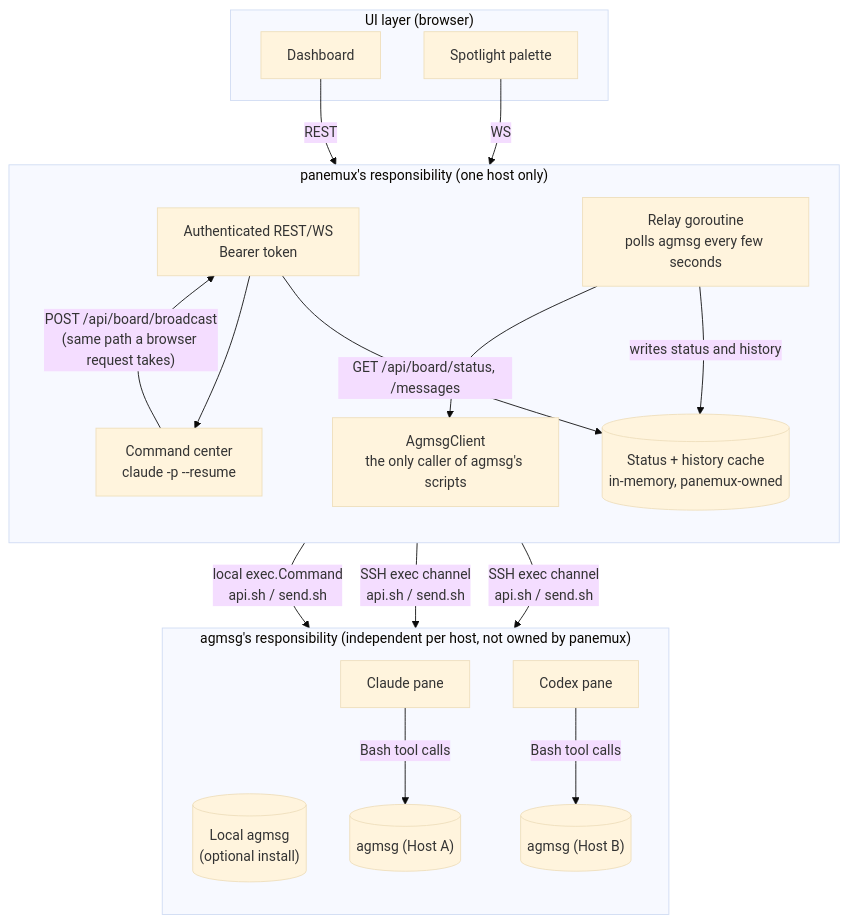
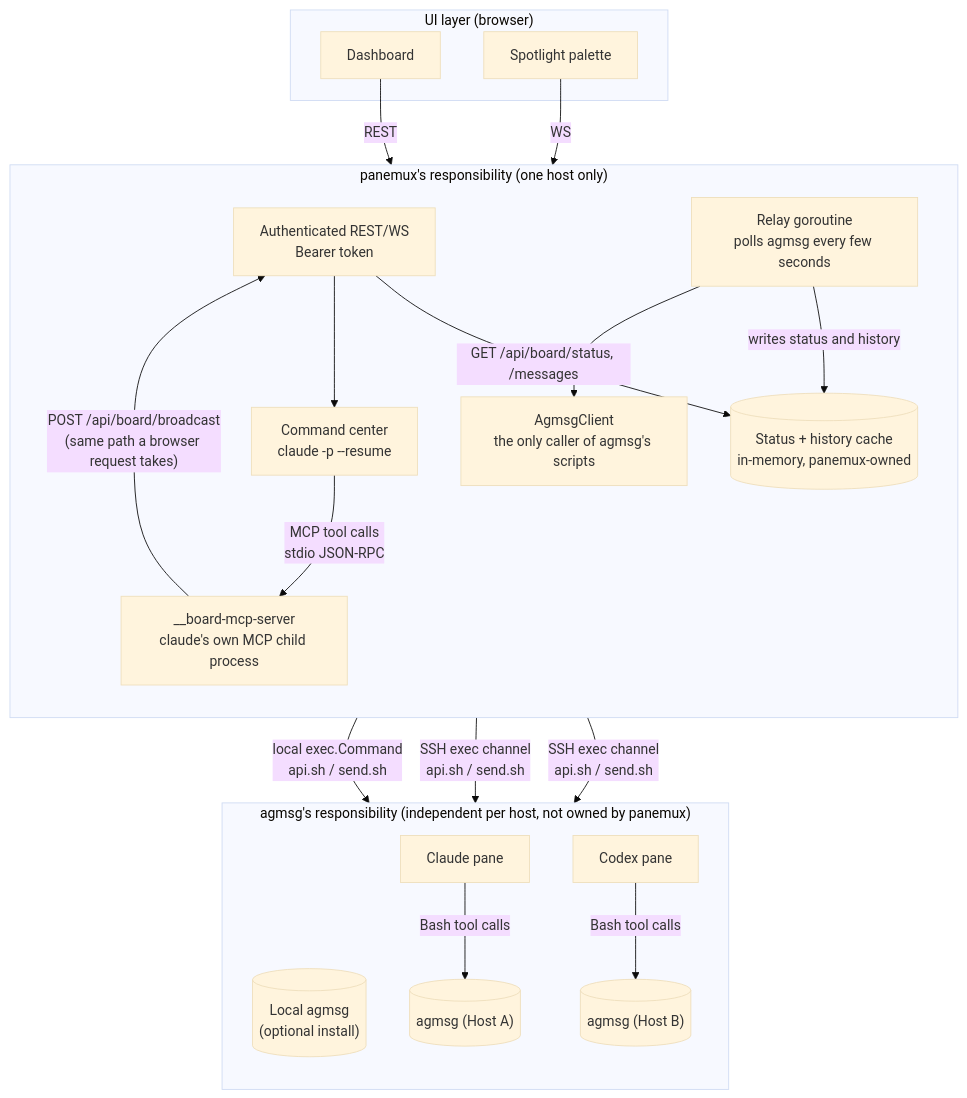
The second of 4 diagrams in docs/agent-board.md (tomo-chan/panemux), drawn with Mermaid (base theme) before and after one commit. The commit also changed other lines of this file and 45 other files, not shown here.

First line of the commit message:
feat: implement Agent Board command center (issue #165 Phase 2) (#170)

````diff
--- a/docs/agent-board.md
+++ b/docs/agent-board.md
@@ -220,39 +256,41 @@
 ```mermaid
 flowchart TB
     subgraph UILayer["UI layer (browser)"]
         Dashboard["Dashboard"]
         Palette["Spotlight palette"]
     end
 
     subgraph PanemuxBoundary["panemux's responsibility (one host only)"]
         direction TB
         AuthAPI["Authenticated REST/WS<br/>Bearer token"]
         BoardCache[("Status + history cache<br/>in-memory, panemux-owned")]
         Relay["Relay goroutine<br/>polls agmsg every few seconds"]
         CmdCenter["Command center<br/>claude -p --resume"]
+        McpServer["__board-mcp-server<br/>claude's own MCP child process"]
         AgmsgClient["AgmsgClient<br/>the only caller of agmsg's scripts"]
 
         AuthAPI -->|"GET /api/board/status, /messages"| BoardCache
         AuthAPI --> CmdCenter
-        CmdCenter -->|"POST /api/board/broadcast<br/>(same path a browser request takes)"| AuthAPI
+        CmdCenter -->|"MCP tool calls<br/>stdio JSON-RPC"| McpServer
+        McpServer -->|"POST /api/board/broadcast<br/>(same path a browser request takes)"| AuthAPI
         Relay -->|"writes status and history"| BoardCache
         Relay --> AgmsgClient
     end
 
     subgraph AgmsgBoundary["agmsg's responsibility (independent per host, not owned by panemux)"]
         direction TB
         AgmsgLocal[("Local agmsg<br/>(optional install)")]
         AgmsgA[("agmsg (Host A)")]
         ClaudeA["Claude pane"]
         AgmsgB[("agmsg (Host B)")]
         CodexB["Codex pane"]
         ClaudeA -->|"Bash tool calls"| AgmsgA
         CodexB -->|"Bash tool calls"| AgmsgB
     end
 
     Dashboard -->|"REST"| AuthAPI
     Palette -->|"WS"| AuthAPI
     AgmsgClient -->|"local exec.Command<br/>api.sh / send.sh"| AgmsgLocal
     AgmsgClient -->|"SSH exec channel<br/>api.sh / send.sh"| AgmsgA
     AgmsgClient -->|"SSH exec channel<br/>api.sh / send.sh"| AgmsgB
 ```
````
